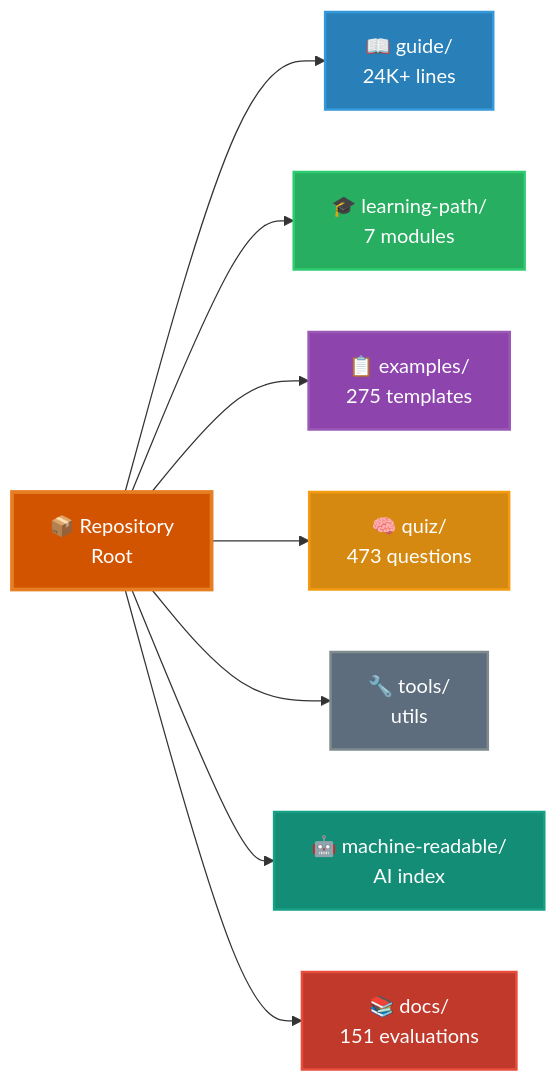
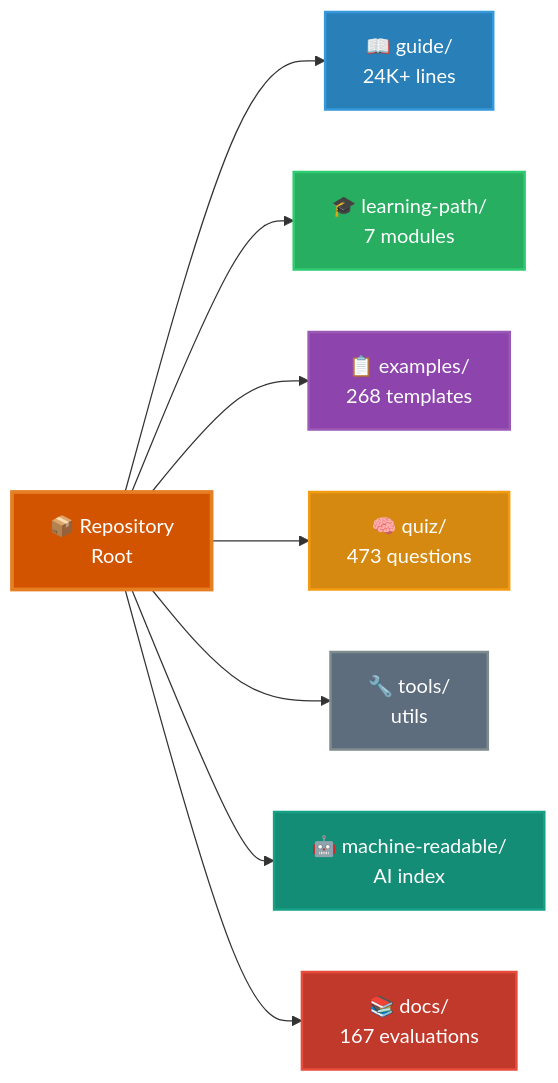
Before and after one commit to FlorianBruniaux/claude-code-ultimate-guide: the diagram in README.md, drawn with Mermaid. The commit also changed other lines of this file and 8 other files, not shown here.

````diff
--- a/README.md
+++ b/README.md
@@ -182,21 +182,21 @@
 ```mermaid
 graph LR
     root[📦 Repository<br/>Root]
 
     root --> guide[📖 guide/<br/>24K+ lines]
     root --> learning[🎓 learning-path/<br/>7 modules]
-    root --> examples[📋 examples/<br/>275 templates]
+    root --> examples[📋 examples/<br/>268 templates]
     root --> quiz[🧠 quiz/<br/>473 questions]
     root --> tools[🔧 tools/<br/>utils]
     root --> machine[🤖 machine-readable/<br/>AI index]
-    root --> docs[📚 docs/<br/>151 evaluations]
+    root --> docs[📚 docs/<br/>167 evaluations]
 
     style root fill:#d35400,stroke:#e67e22,stroke-width:3px,color:#fff
     style guide fill:#2980b9,stroke:#3498db,stroke-width:2px,color:#fff
     style learning fill:#27ae60,stroke:#2ecc71,stroke-width:2px,color:#fff
     style examples fill:#8e44ad,stroke:#9b59b6,stroke-width:2px,color:#fff
     style quiz fill:#d68910,stroke:#f39c12,stroke-width:2px,color:#fff
     style tools fill:#5d6d7e,stroke:#7f8c8d,stroke-width:2px,color:#fff
     style machine fill:#138d75,stroke:#16a085,stroke-width:2px,color:#fff
     style docs fill:#c0392b,stroke:#e74c3c,stroke-width:2px,color:#fff
 ```
````
